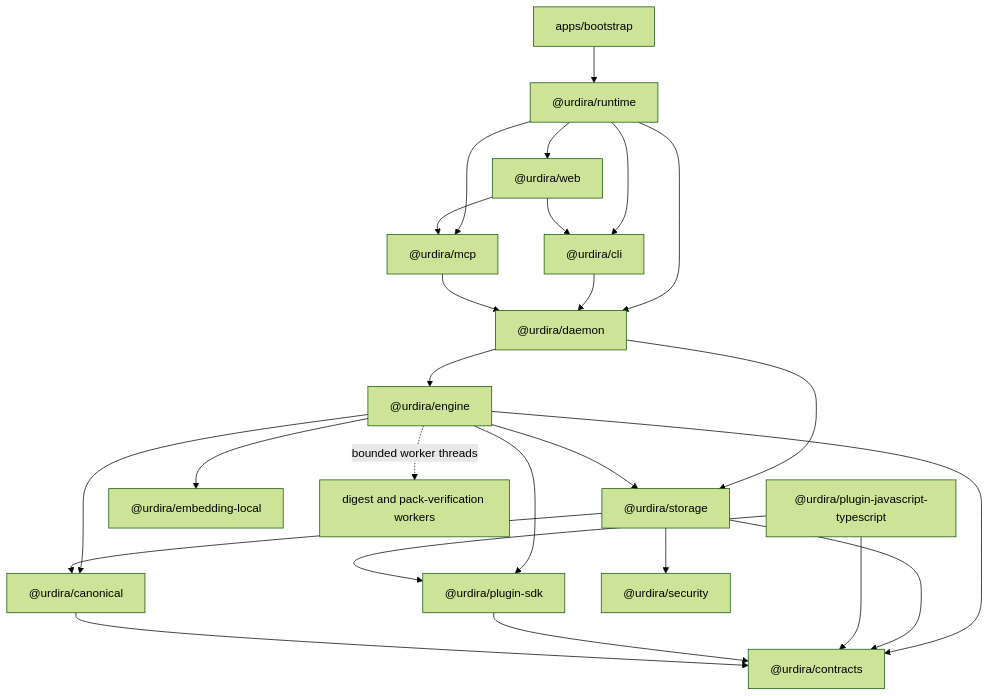
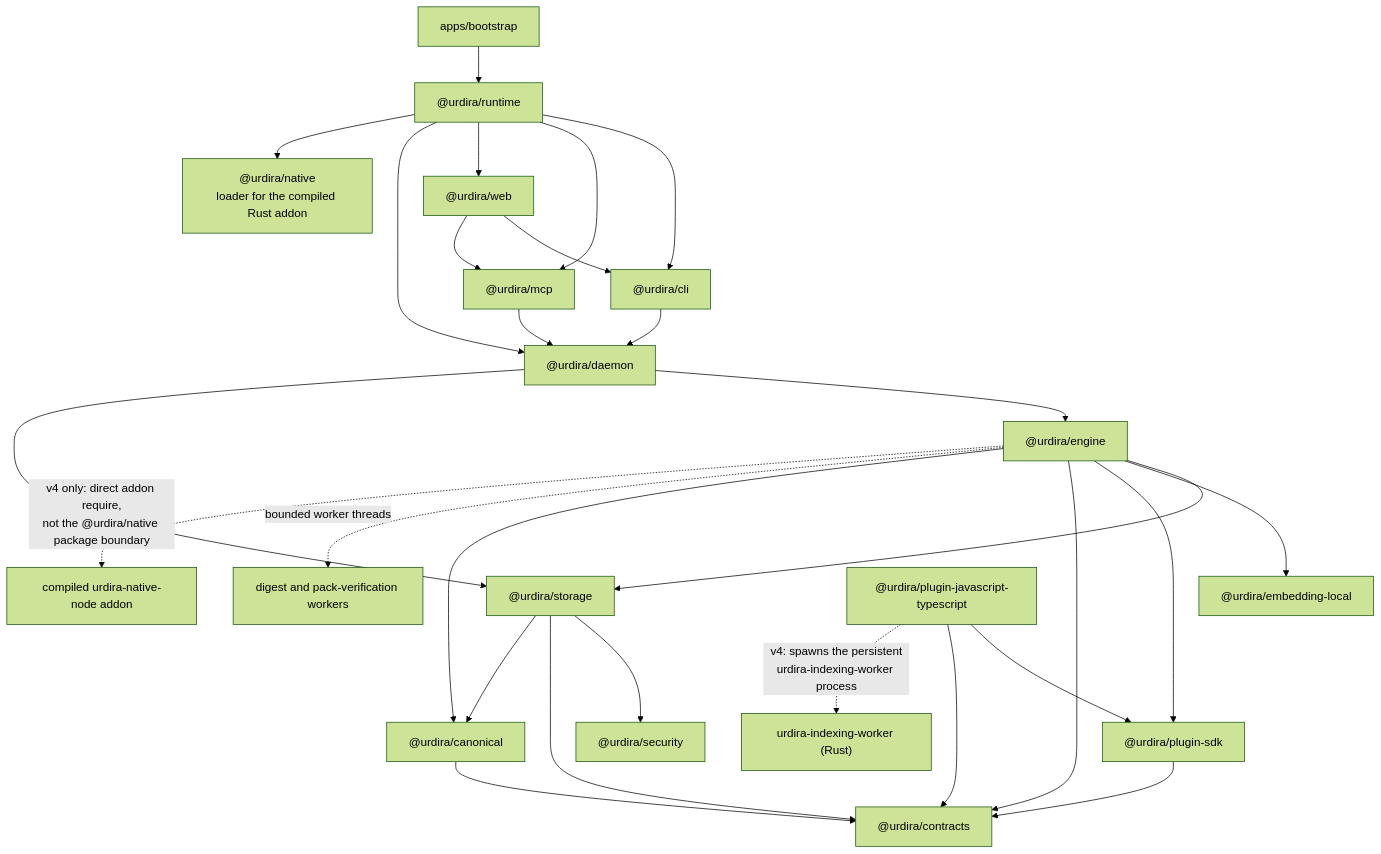
One commit to CristianBB/urdira changed the first of 6 diagrams in docs/architecture.md. Above: the diagram before and after it, drawn with Mermaid (forest theme). The commit also changed other lines of this file and 16 other files, not shown here.

````diff
--- a/docs/architecture.md
+++ b/docs/architecture.md
@@ -30,27 +38,30 @@
 ```mermaid
 flowchart TD
   Bootstrap["apps/bootstrap"] --> Runtime["@urdira/runtime"]
   Runtime --> CLI["@urdira/cli"]
   Runtime --> MCP["@urdira/mcp"]
   Runtime --> Web["@urdira/web"]
   Runtime --> Daemon["@urdira/daemon"]
+  Runtime --> Native["@urdira/native\nloader for the compiled Rust addon"]
   Web --> CLI
   Web --> MCP
   CLI --> Daemon
   MCP --> Daemon
   Daemon --> Engine["@urdira/engine"]
   Daemon --> Storage["@urdira/storage"]
   Engine --> Storage
   Engine --> Embedding["@urdira/embedding-local"]
   Engine --> PluginSDK["@urdira/plugin-sdk"]
   Engine --> Contracts["@urdira/contracts"]
   Engine --> Canonical["@urdira/canonical"]
   Engine -. "bounded worker threads" .-> Workers["digest and pack-verification workers"]
+  Engine -. "v4 only: direct addon require,\nnot the @urdira/native package boundary" .-> NativeAddon["compiled urdira-native-node addon"]
   Storage --> Security["@urdira/security"]
   Storage --> Contracts
   Storage --> Canonical
   PluginJS["@urdira/plugin-javascript-typescript"] --> PluginSDK
   PluginJS --> Contracts
+  PluginJS -. "v4: spawns the persistent\nurdira-indexing-worker process" .-> IndexingWorker["urdira-indexing-worker (Rust)"]
   PluginSDK --> Contracts
   Canonical --> Contracts
 ```
````
